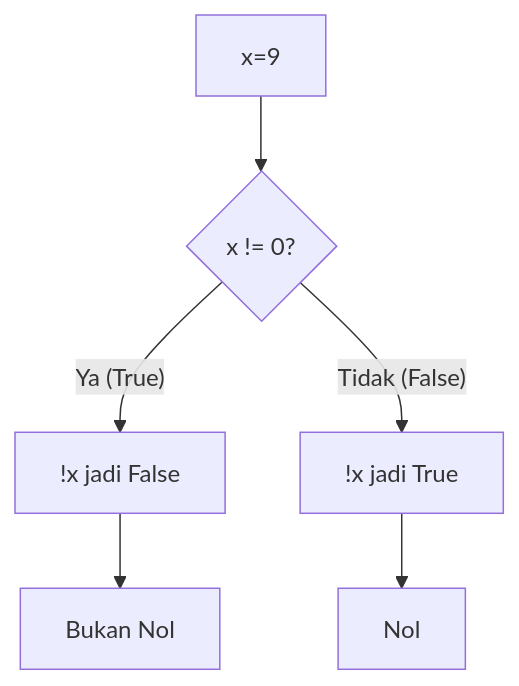
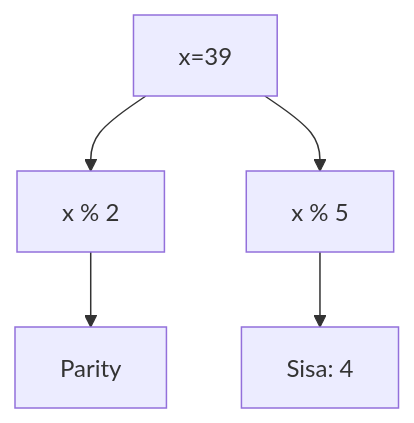
Before and after one commit to amnahwaida/OSNK_INF_PREP: diagram 13 of 25 in part-c-pemahaman-cpp/02-percabangan/latihan/set-07.md, drawn with Mermaid. The commit also changed other lines of this file and 71 other files, not shown here.

````diff
--- a/part-c-pemahaman-cpp/02-percabangan/latihan/set-07.md
+++ b/part-c-pemahaman-cpp/02-percabangan/latihan/set-07.md
@@ -319,8 +379,7 @@
 ```mermaid
 graph TD
-    A[x=9] --> B{x != 0?}
-    B -- Ya (True) --> C["!x jadi False"]
-    B -- Tidak (False) --> D["!x jadi True"]
-    C --> E[Bukan Nol]
-    D --> F[Nol]
+A[x=39] --> B[x % 2]
+B --> C[Parity]
+A --> D[x % 5]
+D --> E[Sisa: 4]
 ```
````
